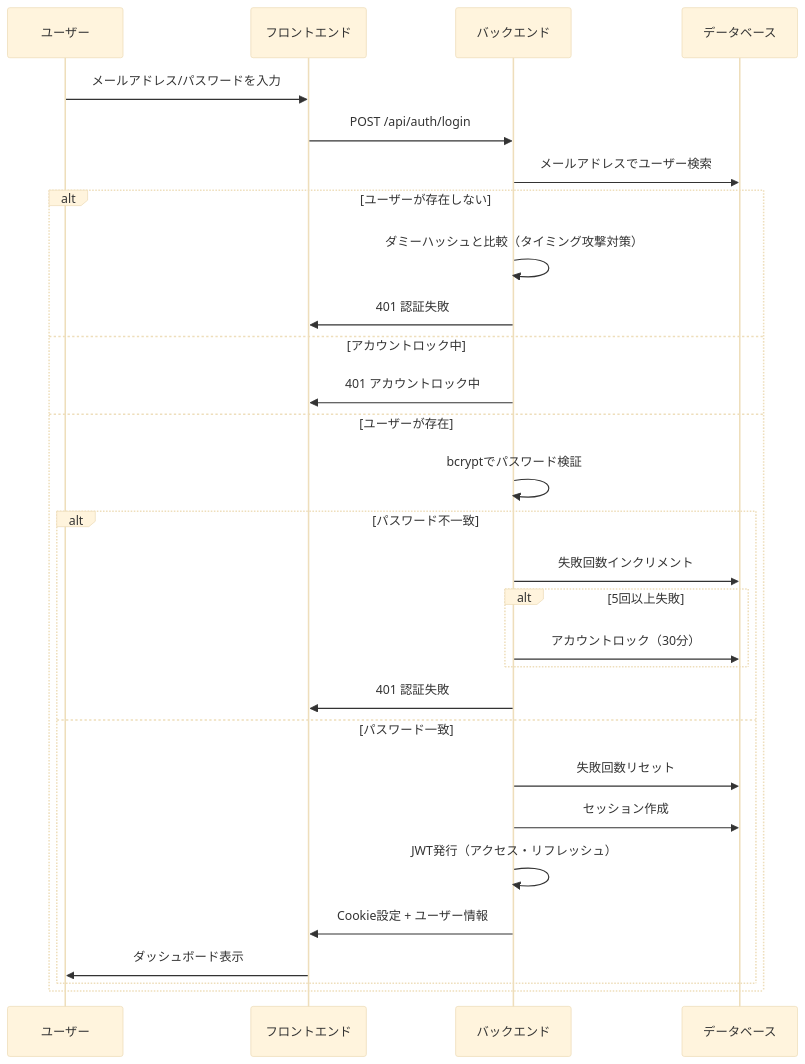
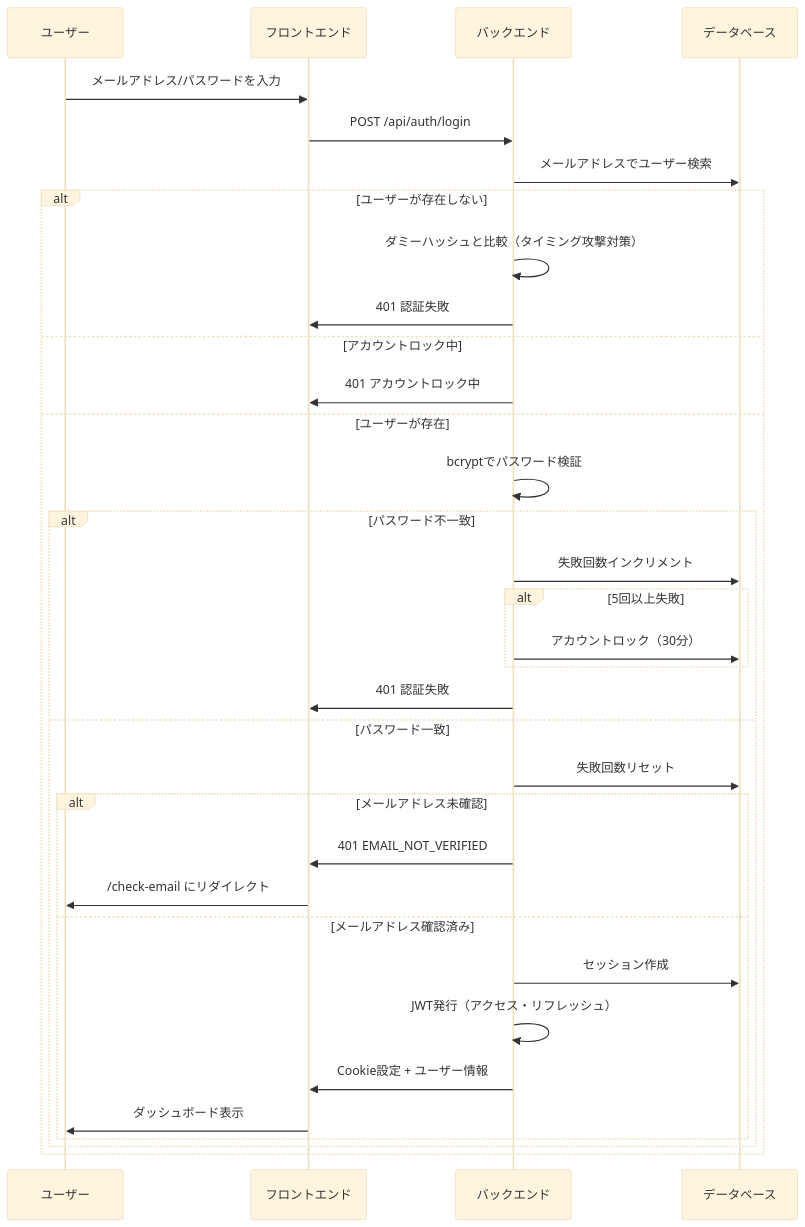
Before and after one commit to tsutsumi389/agentest: the first of 13 diagrams in docs/architecture/features/authentication.md, drawn with Mermaid (base theme). The commit also changed other lines of this file and 28 other files, not shown here.

First line of the commit message:
Implement email verification flow for user registration (#215)

````diff
--- a/docs/architecture/features/authentication.md
+++ b/docs/architecture/features/authentication.md
@@ -132,32 +158,37 @@
 ```mermaid
 sequenceDiagram
     participant U as ユーザー
     participant F as フロントエンド
     participant B as バックエンド
     participant DB as データベース
 
     U->>F: メールアドレス/パスワードを入力
     F->>B: POST /api/auth/login
     B->>DB: メールアドレスでユーザー検索
     alt ユーザーが存在しない
         B->>B: ダミーハッシュと比較（タイミング攻撃対策）
         B->>F: 401 認証失敗
     else アカウントロック中
         B->>F: 401 アカウントロック中
     else ユーザーが存在
         B->>B: bcryptでパスワード検証
         alt パスワード不一致
             B->>DB: 失敗回数インクリメント
             alt 5回以上失敗
                 B->>DB: アカウントロック（30分）
             end
             B->>F: 401 認証失敗
         else パスワード一致
             B->>DB: 失敗回数リセット
-            B->>DB: セッション作成
-            B->>B: JWT発行（アクセス・リフレッシュ）
-            B->>F: Cookie設定 + ユーザー情報
-            F->>U: ダッシュボード表示
+            alt メールアドレス未確認
+                B->>F: 401 EMAIL_NOT_VERIFIED
+                F->>U: /check-email にリダイレクト
+            else メールアドレス確認済み
+                B->>DB: セッション作成
+                B->>B: JWT発行（アクセス・リフレッシュ）
+                B->>F: Cookie設定 + ユーザー情報
+                F->>U: ダッシュボード表示
+            end
         end
     end
 ```
````
